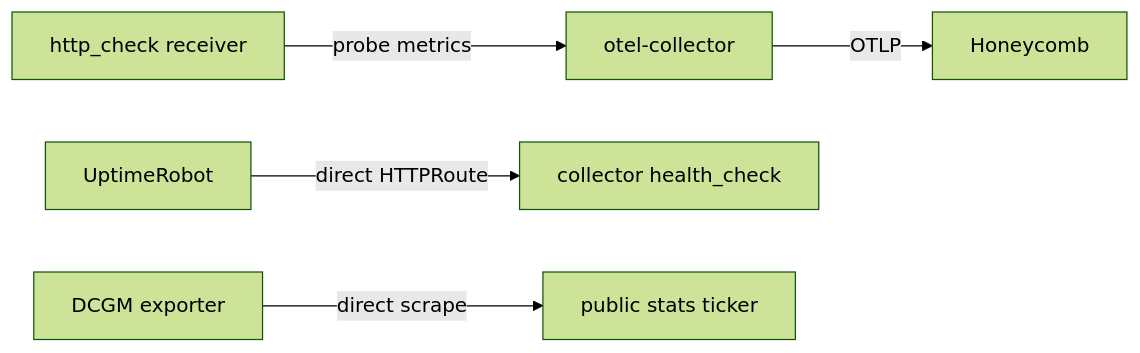
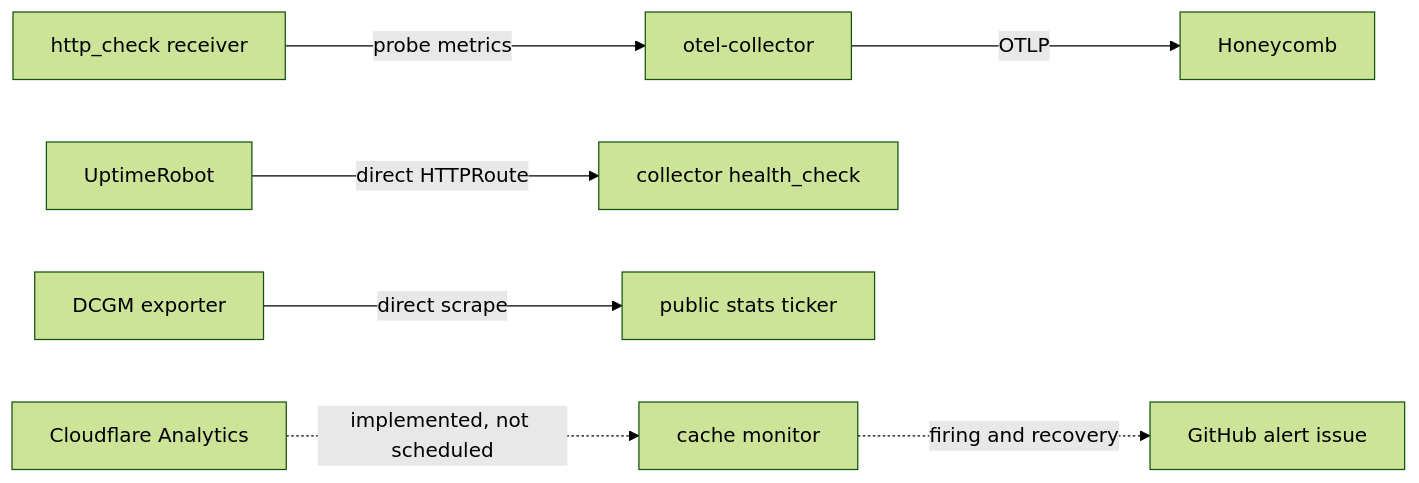
One commit to jomcgi-org/homelab changed the diagram in docs/observability.md. Above: the diagram before and after it, drawn with Mermaid (forest theme). The commit also changed other lines of this file and 12 other files, not shown here.

````diff
--- a/docs/observability.md
+++ b/docs/observability.md
@@ -9,7 +9,9 @@
 ```mermaid
 graph LR
     HC[http_check receiver] -->|probe metrics| OC[otel-collector]
     OC -->|OTLP| H[Honeycomb]
     UR[UptimeRobot] -->|direct HTTPRoute| HEALTH[collector health_check]
     DCGM[DCGM exporter] -->|direct scrape| STATS[public stats ticker]
+    CFA[Cloudflare Analytics] -.->|implemented, not scheduled| MON[cache monitor]
+    MON -.->|firing and recovery| ISSUE[GitHub alert issue]
 ```
````
